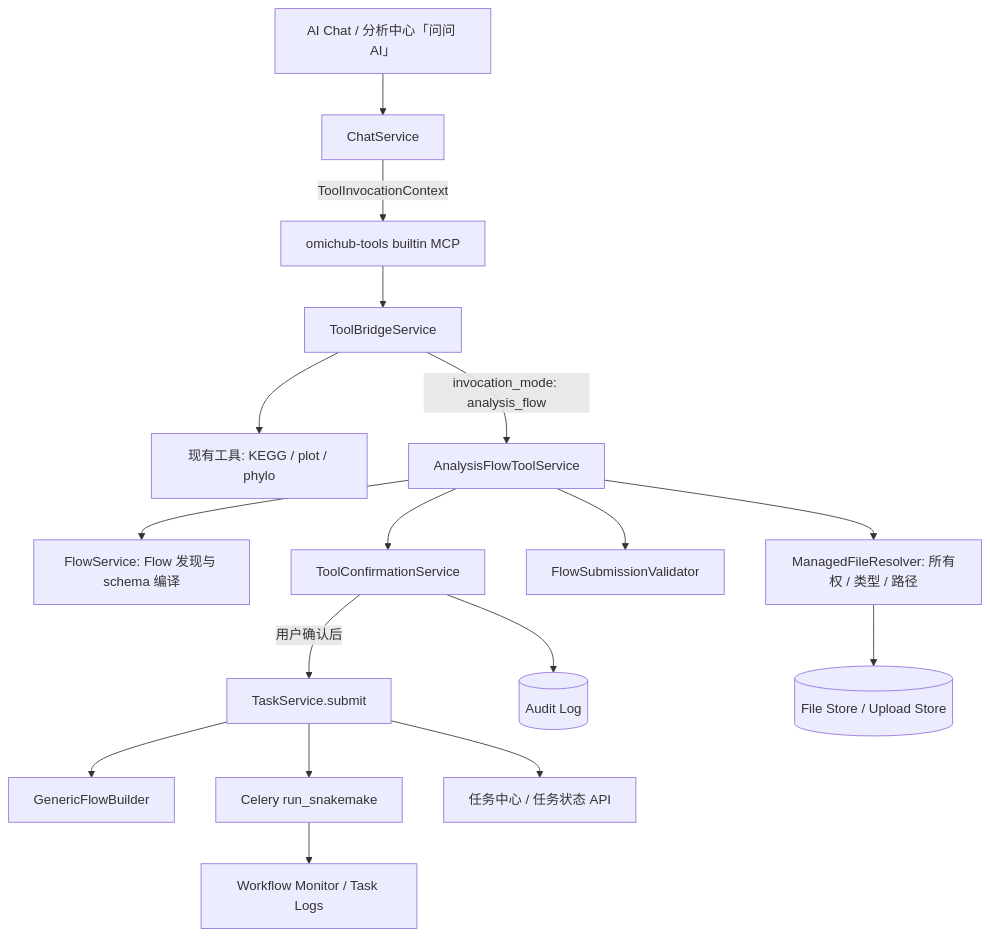
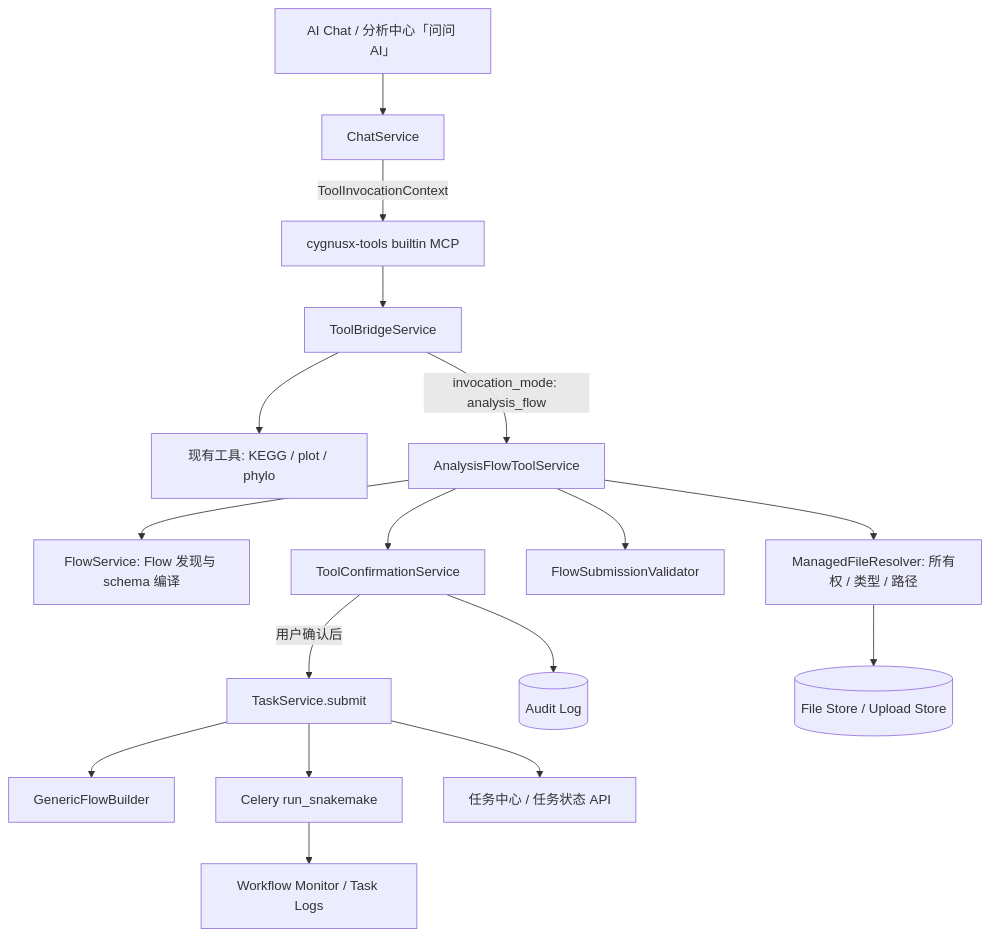
The diagram in flows/flows_design_detailed.md (CygnusX-Labs/CygnusX), drawn with Mermaid before and after one commit. The commit also changed other lines of this file and 2091 other files, not shown here.

````diff
--- a/flows/flows_design_detailed.md
+++ b/flows/flows_design_detailed.md
@@ -75,22 +75,22 @@
 ```mermaid
 flowchart TB
     UI[AI Chat / 分析中心「问问 AI」] --> Chat[ChatService]
-    Chat -->|ToolInvocationContext| MCP[omichub-tools builtin MCP]
+    Chat -->|ToolInvocationContext| MCP[cygnusx-tools builtin MCP]
     MCP --> Bridge[ToolBridgeService]
 
     Bridge --> Static[现有工具: KEGG / plot / phylo]
     Bridge -->|invocation_mode: analysis_flow| FlowAdapter[AnalysisFlowToolService]
 
     FlowAdapter --> Discovery[FlowService: Flow 发现与 schema 编译]
     FlowAdapter --> FileResolver[ManagedFileResolver: 所有权 / 类型 / 路径]
     FlowAdapter --> Validator[FlowSubmissionValidator]
     FlowAdapter --> Confirm[ToolConfirmationService]
     Confirm -->|用户确认后| Submit[TaskService.submit]
     Submit --> Builder[GenericFlowBuilder]
     Submit --> Celery[Celery run_snakemake]
     Celery --> Monitor[Workflow Monitor / Task Logs]
     Submit --> TaskAPI[任务中心 / 任务状态 API]
 
     Confirm --> Audit[(Audit Log)]
     FileResolver --> FileStore[(File Store / Upload Store)]
 ```
````
